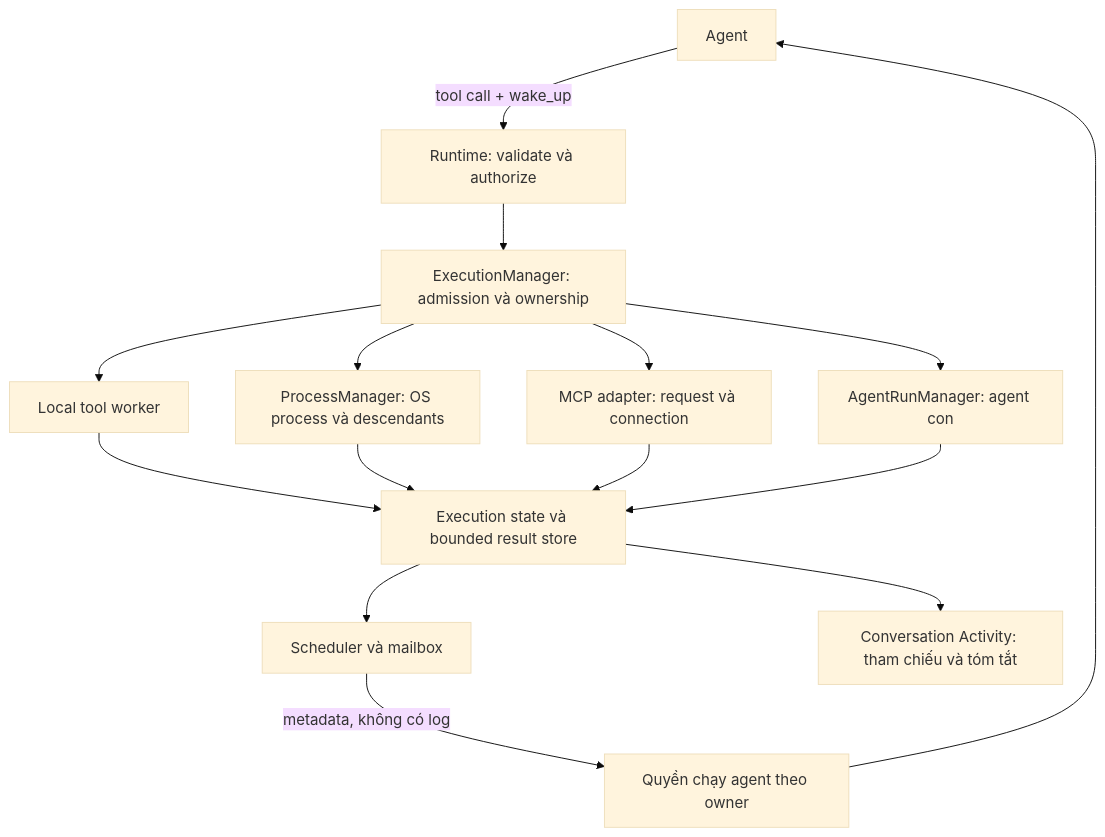
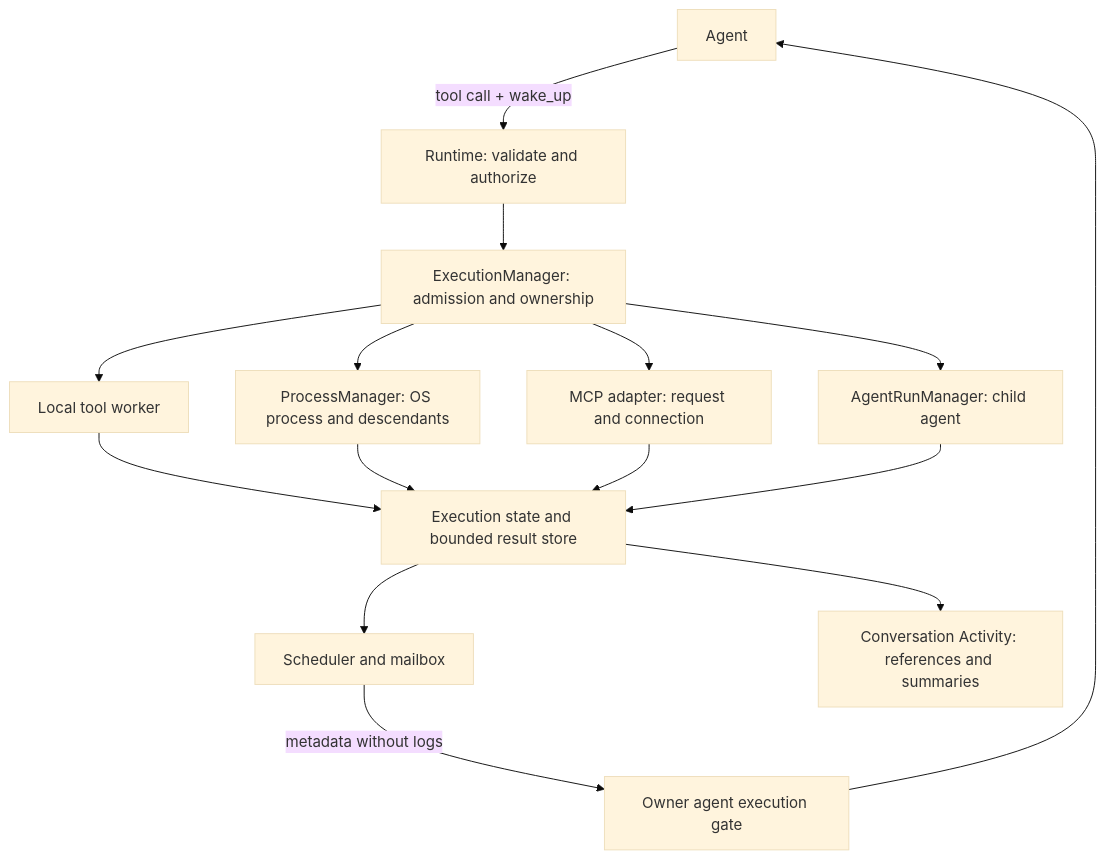
One commit to noaft/Atlas-agentic changed the diagram in docs/architecture/tool-execution-control.md. Above: the diagram before and after it, drawn with Mermaid (base theme). The commit also changed other lines of this file and 10 other files, not shown here.

Commit message:
docs: translate references and align hard lazy tool architecture

````diff
--- a/docs/architecture/tool-execution-control.md
+++ b/docs/architecture/tool-execution-control.md
@@ -39,17 +44,17 @@
 ```mermaid
 flowchart TD
-    Agent -->|tool call + wake_up| Runtime[Runtime: validate và authorize]
-    Runtime --> Manager[ExecutionManager: admission và ownership]
+    Agent -->|tool call + wake_up| Runtime[Runtime: validate and authorize]
+    Runtime --> Manager[ExecutionManager: admission and ownership]
     Manager --> Local[Local tool worker]
-    Manager --> Process[ProcessManager: OS process và descendants]
-    Manager --> MCP[MCP adapter: request và connection]
-    Manager --> Child[AgentRunManager: agent con]
-    Local --> Results[Execution state và bounded result store]
+    Manager --> Process[ProcessManager: OS process and descendants]
+    Manager --> MCP[MCP adapter: request and connection]
+    Manager --> Child[AgentRunManager: child agent]
+    Local --> Results[Execution state and bounded result store]
     Process --> Results
     MCP --> Results
     Child --> Results
-    Results --> Scheduler[Scheduler và mailbox]
-    Scheduler -->|metadata, không có log| Gate[Quyền chạy agent theo owner]
+    Results --> Scheduler[Scheduler and mailbox]
+    Scheduler -->|metadata without logs| Gate[Owner agent execution gate]
     Gate --> Agent
-    Results --> History[Conversation Activity: tham chiếu và tóm tắt]
+    Results --> History[Conversation Activity: references and summaries]
 ```
````
